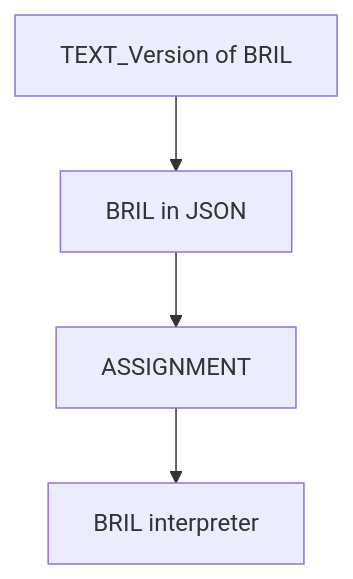
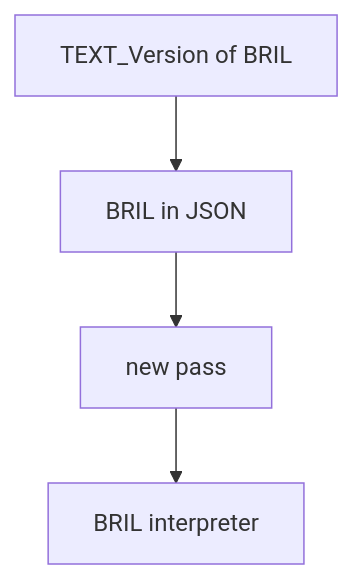
The third of 3 diagrams in lectures/010_compiler_overview.qmd (normrubin/normrubin.github.io), drawn with Mermaid before and after one commit. The commit also changed other lines of this file and 28 other files, not shown here.

````diff
--- a/lectures/010_compiler_overview.qmd
+++ b/lectures/010_compiler_overview.qmd
@@ -115,4 +128,4 @@
 ```{mermaid}
 graph TB;
-A[TEXT_Version of BRIL]--> B0[BRIL in JSON] --> B1[ASSIGNMENT] --> B2[BRIL interpreter];
+A[TEXT_Version of BRIL]--> B0[BRIL in JSON] --> B1["new pass"] --> B2[BRIL interpreter];
 ```
````
